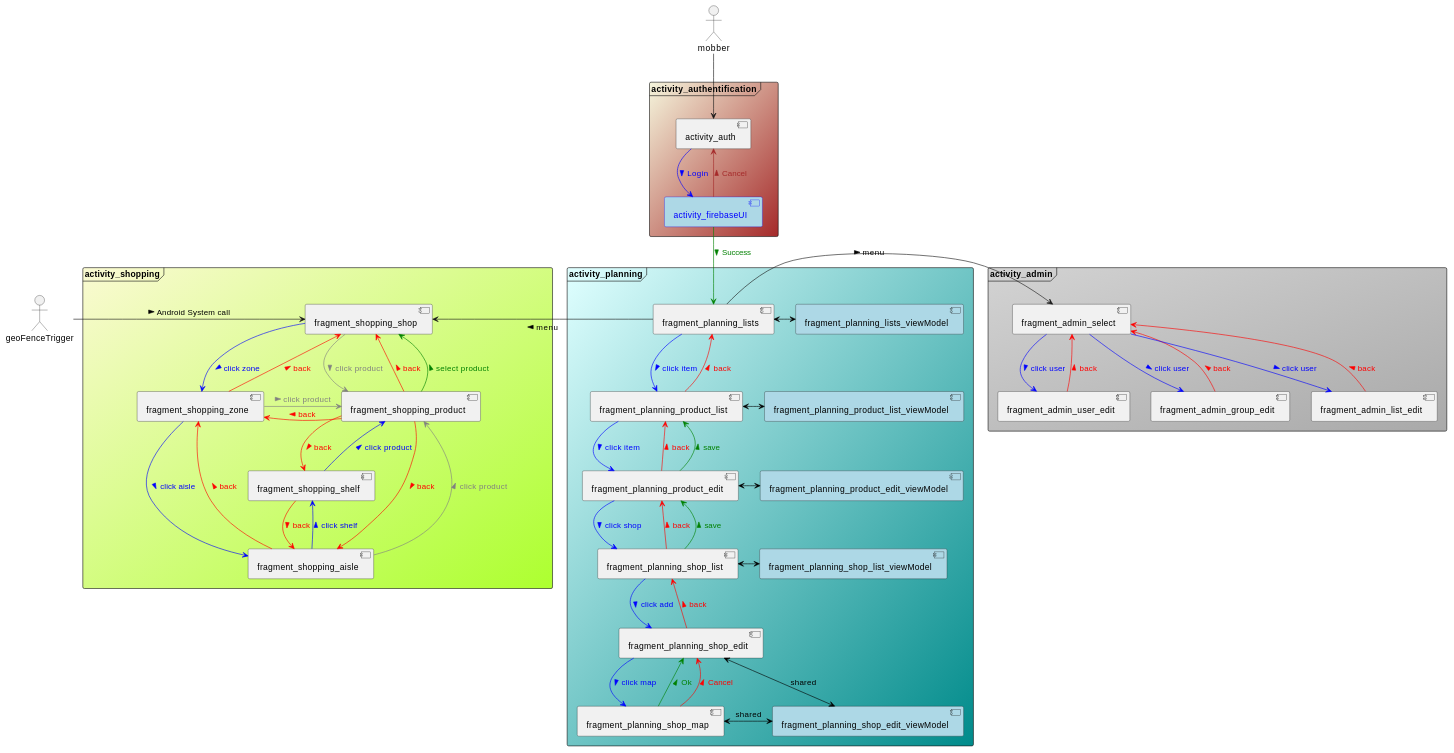
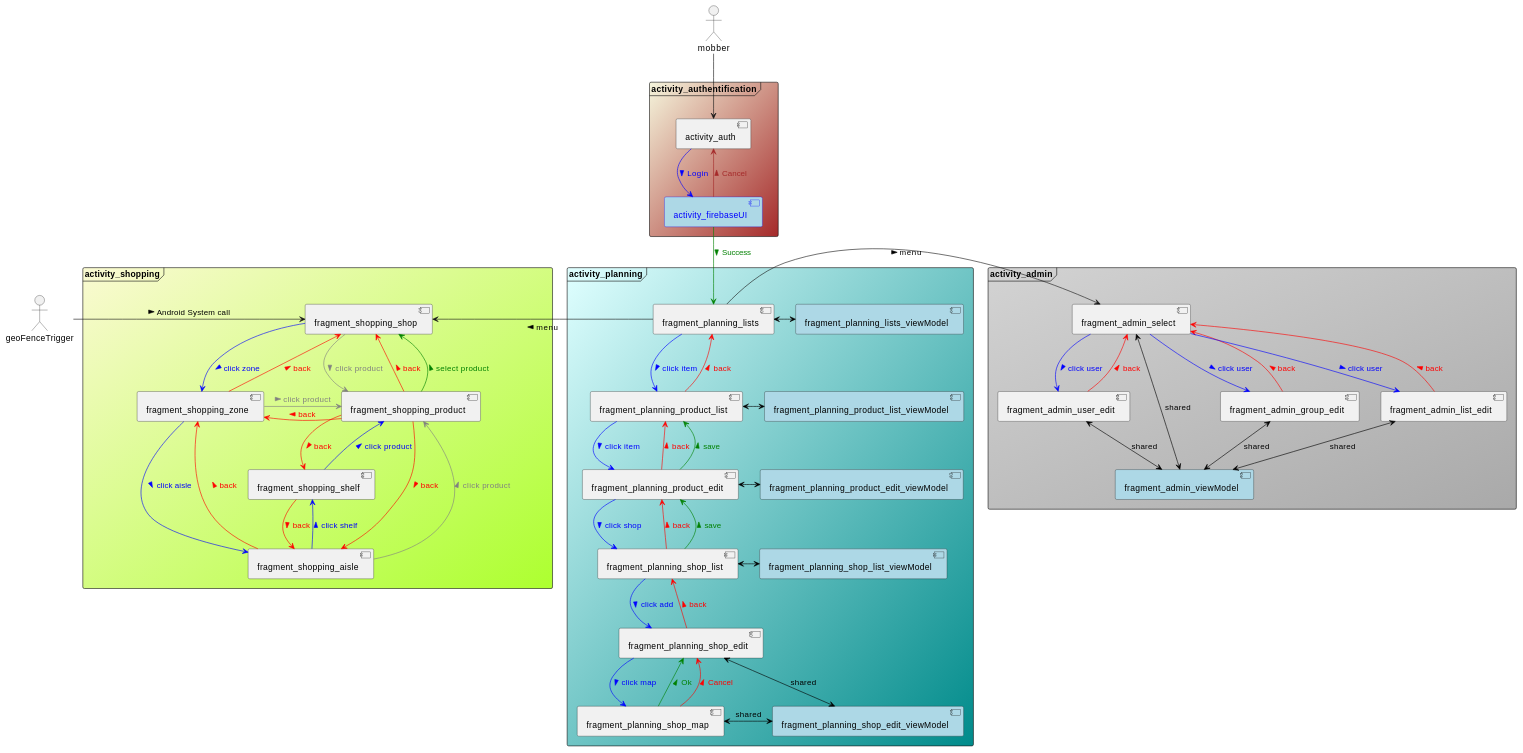
Before and after one commit to fwornle/ShopMob: the diagram in doc/puml/navigation.md, drawn with PlantUML.

Commit message:
update navigation UML (viewModel, admin)

```diff
--- a/doc/puml/navigation.md
+++ b/doc/puml/navigation.md
@@ -87,6 +87,9 @@
     component fragment_admin_user_edit
     component fragment_admin_group_edit
     component fragment_admin_list_edit
+    
+    component fragment_admin_viewModel #lightblue
+
 
     fragment_planning_lists -right-> fragment_admin_select : menu >
     
@@ -98,6 +101,12 @@
     
     fragment_admin_select -down-> fragment_admin_list_edit #blue;text:blue : click user >
     fragment_admin_list_edit -> fragment_admin_select #red;text:red : back >
+    
+    fragment_admin_select <-right-> fragment_admin_viewModel #black : shared
+    fragment_admin_user_edit <-down-> fragment_admin_viewModel #black : shared
+    fragment_admin_group_edit <-down-> fragment_admin_viewModel #black : shared
+    fragment_admin_list_edit <-down-> fragment_admin_viewModel #black : shared
+
 }
 
 
@@ -111,7 +120,7 @@
     activity_auth -down-> activity_firebaseUI #blue;text:blue : Login >
     activity_firebaseUI -down-> activity_auth #brown;text:brown : Cancel >
     activity_firebaseUI -down-> fragment_planning_lists #green;text:green : Success >
-    
+
 }
 
 
```
